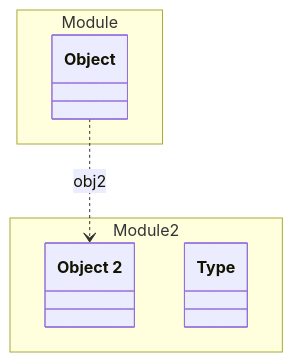
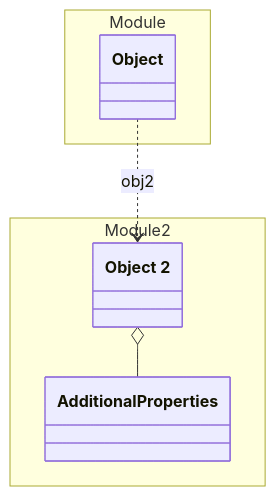
One commit to lizzyTheLizard/domain-schema-documentation changed the diagram in tests/java/expected/Module2/README.md. Above: the diagram before and after it, drawn with Mermaid. The commit also changed other lines of this file and 93 other files, not shown here.

````diff
--- a/tests/java/expected/Module2/README.md
+++ b/tests/java/expected/Module2/README.md
@@ -6,14 +7,15 @@
 ```mermaid
 classDiagram
 namespace Module 2 {
   class _Module2_Object2_yaml["Object 2"]
-  class Type["Type"]
+  class AdditionalProperties["AdditionalProperties"]
 }
 namespace Module {
   class _Module_Object_yaml["Object"]
 }
 _Module_Object_yaml ..> _Module2_Object2_yaml :obj2
+_Module2_Object2_yaml o-- AdditionalProperties 
 click _Module2_Object2_yaml href "./Object2.yaml.html" "Object 2"
-click Type href "./Object2.yaml.html" "Object 2"
+click AdditionalProperties href "./Object2.yaml.html" "Object 2"
 click _Module_Object_yaml href "../Module/Object.yaml.html" "Object"
 ```
````
